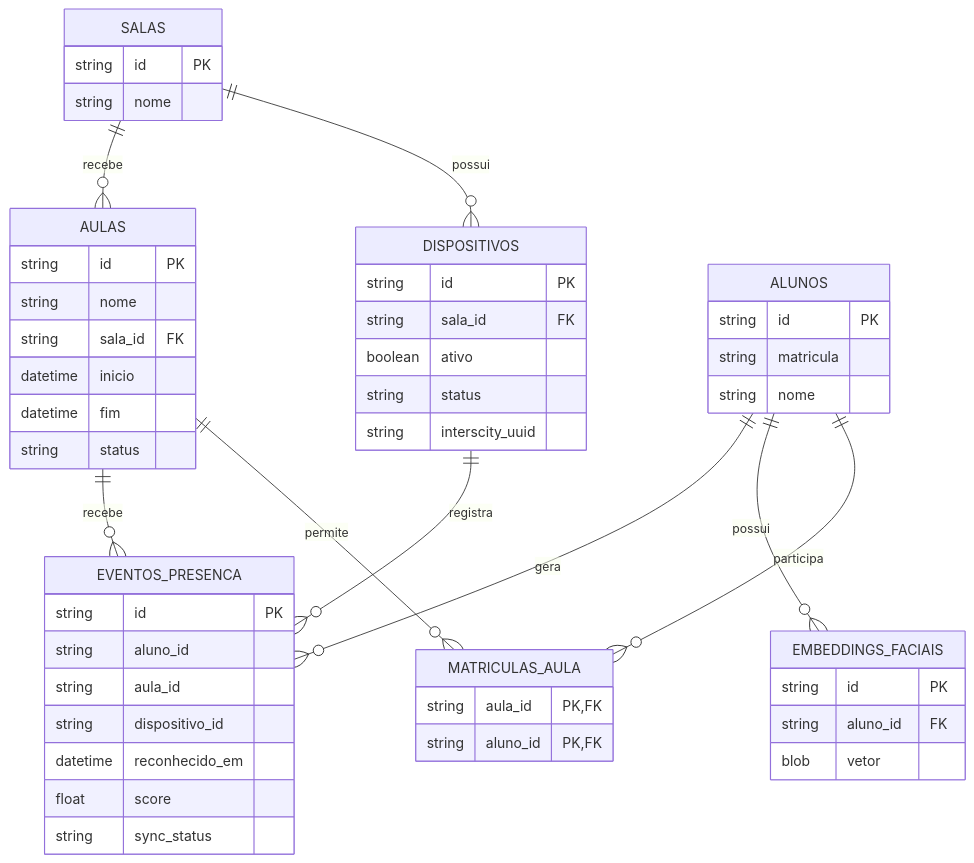
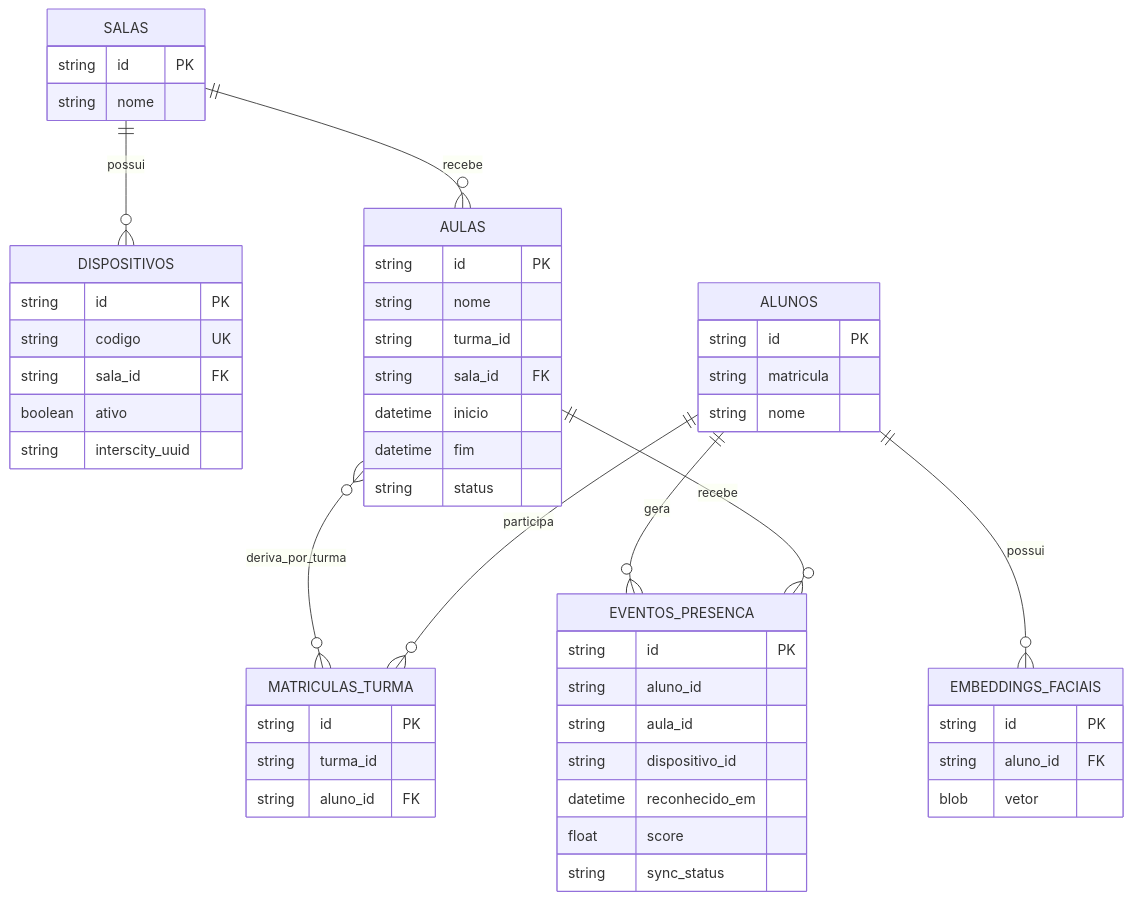
One commit to DanielKGM/autoponto-edgenode changed the second of 4 diagrams in README.md. Above: the diagram before and after it, drawn with Mermaid. The commit also changed other lines of this file and 24 other files, not shown here.

````diff
--- a/README.md
+++ b/README.md
@@ -57,54 +57,55 @@
 ```mermaid
 erDiagram
   SALAS ||--o{ DISPOSITIVOS : possui
   SALAS ||--o{ AULAS : recebe
-  AULAS ||--o{ MATRICULAS_AULA : permite
-  ALUNOS ||--o{ MATRICULAS_AULA : participa
+  AULAS }o--o{ MATRICULAS_TURMA : deriva_por_turma
+  ALUNOS ||--o{ MATRICULAS_TURMA : participa
   ALUNOS ||--o{ EMBEDDINGS_FACIAIS : possui
   ALUNOS ||--o{ EVENTOS_PRESENCA : gera
   AULAS ||--o{ EVENTOS_PRESENCA : recebe
-  DISPOSITIVOS ||--o{ EVENTOS_PRESENCA : registra
 
   SALAS {
     string id PK
     string nome
   }
   DISPOSITIVOS {
     string id PK
+    string codigo UK
     string sala_id FK
     boolean ativo
-    string status
     string interscity_uuid
   }
   AULAS {
     string id PK
     string nome
+    string turma_id
     string sala_id FK
     datetime inicio
     datetime fim
     string status
   }
   ALUNOS {
     string id PK
     string matricula
     string nome
   }
-  MATRICULAS_AULA {
-    string aula_id PK,FK
-    string aluno_id PK,FK
+  MATRICULAS_TURMA {
+    string id PK
+    string turma_id
+    string aluno_id FK
   }
   EMBEDDINGS_FACIAIS {
     string id PK
     string aluno_id FK
     blob vetor
   }
   EVENTOS_PRESENCA {
     string id PK
     string aluno_id
     string aula_id
     string dispositivo_id
     datetime reconhecido_em
     float score
     string sync_status
   }
 ```
````
